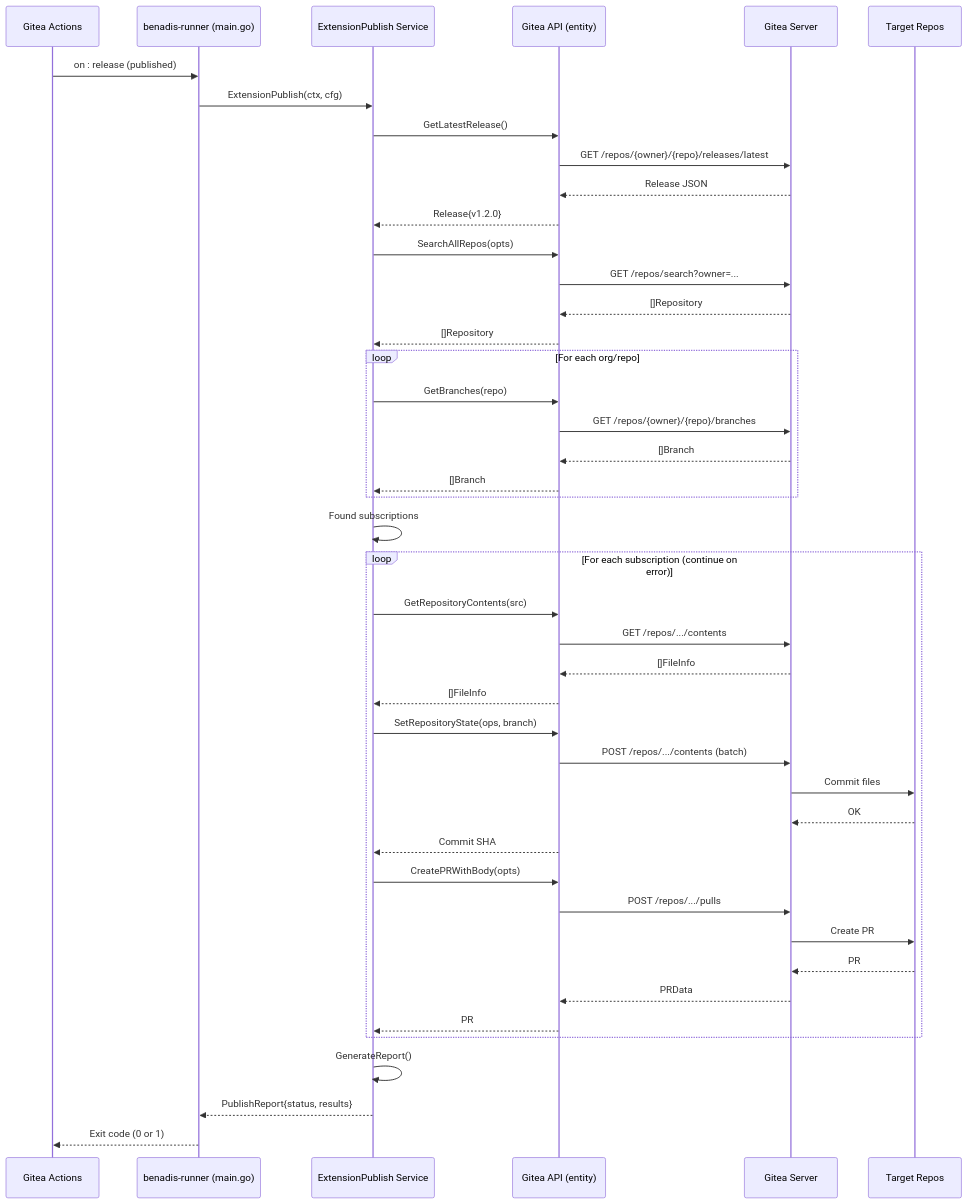
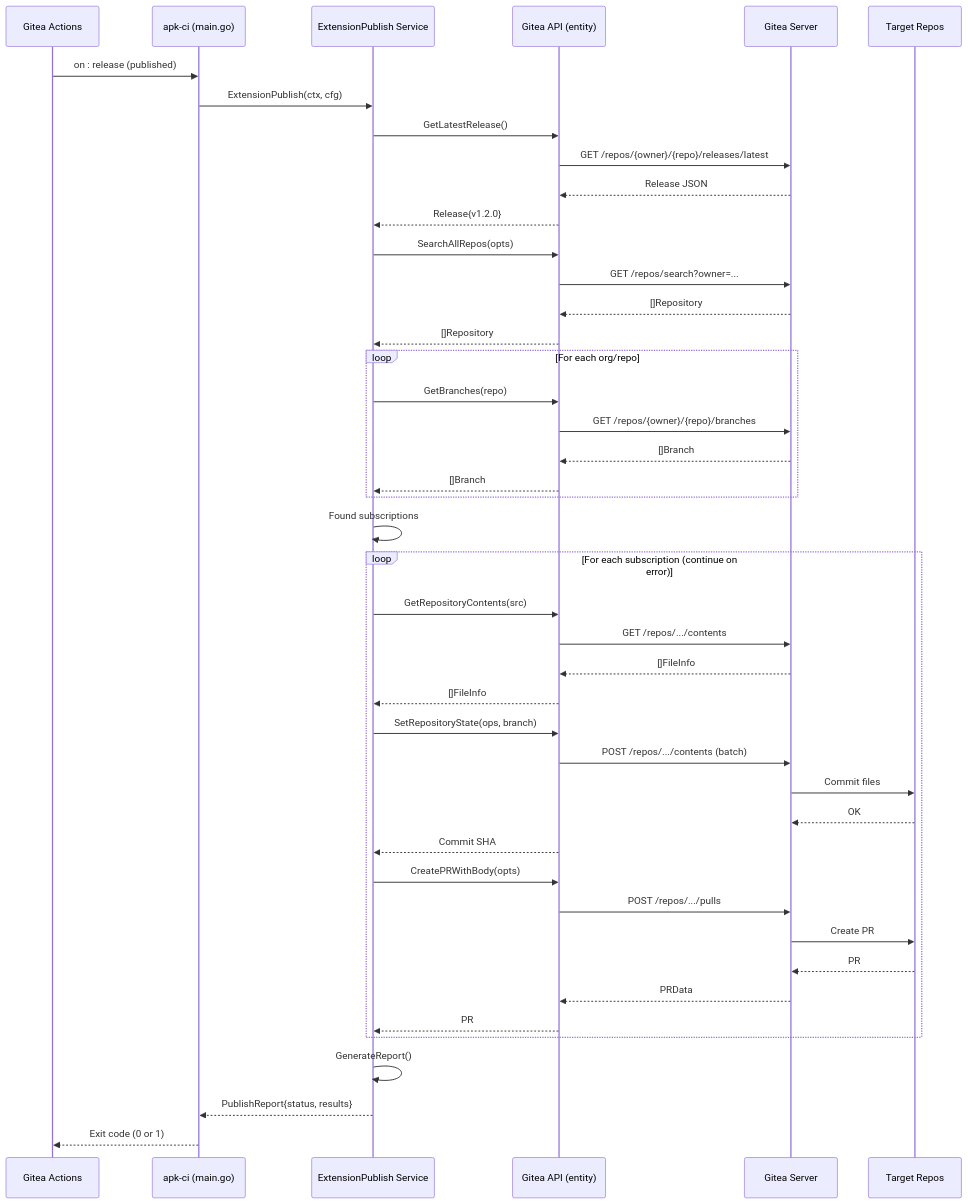
One commit to Kargones/apk-ci changed the fourth of 7 diagrams in .qoder/repowiki/en/content/Implementation Artifacts.md. Above: the diagram before and after it, drawn with Mermaid. The commit also changed other lines of this file and 189 other files, not shown here.

Commit message:
Замена benadis-runner на apk-ci.

````diff
--- a/.qoder/repowiki/en/content/Implementation Artifacts.md
+++ b/.qoder/repowiki/en/content/Implementation Artifacts.md
@@ -183,46 +183,46 @@
 ```mermaid
 sequenceDiagram
 participant GA as Gitea Actions
-participant Main as benadis-runner (main.go)
+participant Main as apk-ci (main.go)
 participant Svc as ExtensionPublish Service
 participant API as Gitea API (entity)
 participant Server as Gitea Server
 participant Target as Target Repos
 GA->>Main : on : release (published)
 Main->>Svc : ExtensionPublish(ctx, cfg)
 Svc->>API : GetLatestRelease()
 API->>Server : GET /repos/{owner}/{repo}/releases/latest
 Server-->>API : Release JSON
 API-->>Svc : Release{v1.2.0}
 Svc->>API : SearchAllRepos(opts)
 API->>Server : GET /repos/search?owner=...
 Server-->>API : []Repository
 API-->>Svc : []Repository
 loop For each org/repo
 Svc->>API : GetBranches(repo)
 API->>Server : GET /repos/{owner}/{repo}/branches
 Server-->>API : []Branch
 API-->>Svc : []Branch
 end
 Svc->>Svc : Found subscriptions
 loop For each subscription (continue on error)
 Svc->>API : GetRepositoryContents(src)
 API->>Server : GET /repos/.../contents
 Server-->>API : []FileInfo
 API-->>Svc : []FileInfo
 Svc->>API : SetRepositoryState(ops, branch)
 API->>Server : POST /repos/.../contents (batch)
 Server->>Target : Commit files
 Target-->>Server : OK
 API-->>Svc : Commit SHA
 Svc->>API : CreatePRWithBody(opts)
 API->>Server : POST /repos/.../pulls
 Server->>Target : Create PR
 Target-->>Server : PR #123
 Server-->>API : PRData
 API-->>Svc : PR #123, URL
 end
 Svc->>Svc : GenerateReport()
 Svc-->>Main : PublishReport{status, results}
 Main-->>GA : Exit code (0 or 1)
 ```
````
